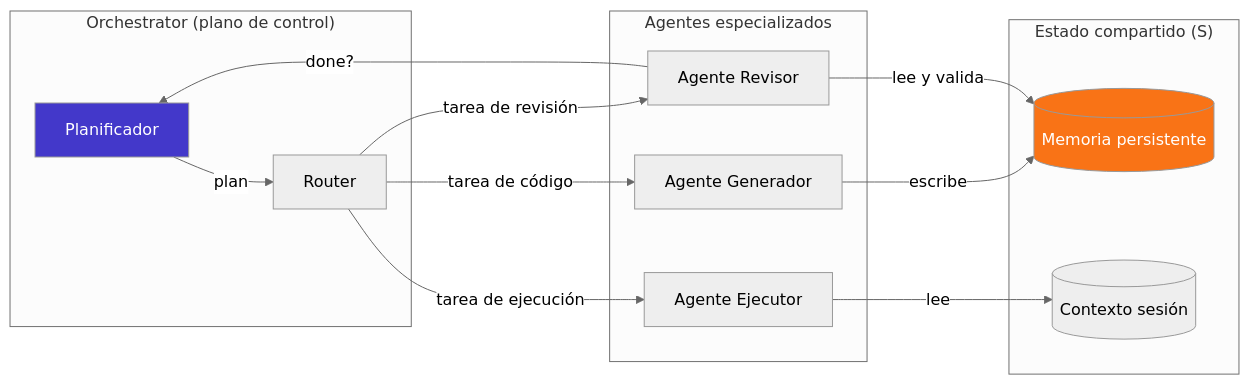
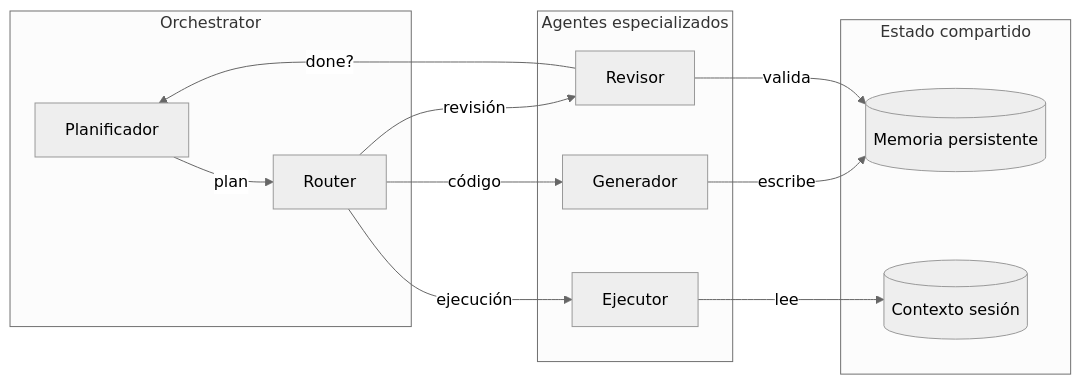
Before and after one commit to rcm-on/quarz-blog: the fourth of 4 diagrams in content/04 Arquitectura IA/harness-engineering-agentes-ia.md, drawn with Mermaid (neutral theme). The commit also changed other lines of this file and 3 other files, not shown here.

````diff
--- a/content/04 Arquitectura IA/harness-engineering-agentes-ia.md
+++ b/content/04 Arquitectura IA/harness-engineering-agentes-ia.md
@@ -87,30 +133,27 @@
 ```mermaid
 graph LR
-    subgraph Orquestador["Orchestrator (plano de control)"]
+    subgraph Orquestador["Orchestrator"]
         P[Planificador]
         R[Router]
     end
 
     subgraph Agentes["Agentes especializados"]
-        AG[Agente Generador]
-        AR[Agente Revisor]
-        AE[Agente Ejecutor]
+        AG[Generador]
+        AR[Revisor]
+        AE[Ejecutor]
     end
 
-    subgraph Estado["Estado compartido (S)"]
+    subgraph Estado["Estado compartido"]
         MEM[(Memoria persistente)]
         CTX[(Contexto sesión)]
     end
 
     P -->|plan| R
-    R -->|tarea de código| AG
-    R -->|tarea de revisión| AR
-    R -->|tarea de ejecución| AE
+    R -->|código| AG
+    R -->|revisión| AR
+    R -->|ejecución| AE
     AG -->|escribe| MEM
-    AR -->|lee y valida| MEM
+    AR -->|valida| MEM
     AE -->|lee| CTX
     AR -->|done?| P
-
-    style P fill:#4338ca,color:#fff
-    style MEM fill:#f97316,color:#fff
 ```
````
